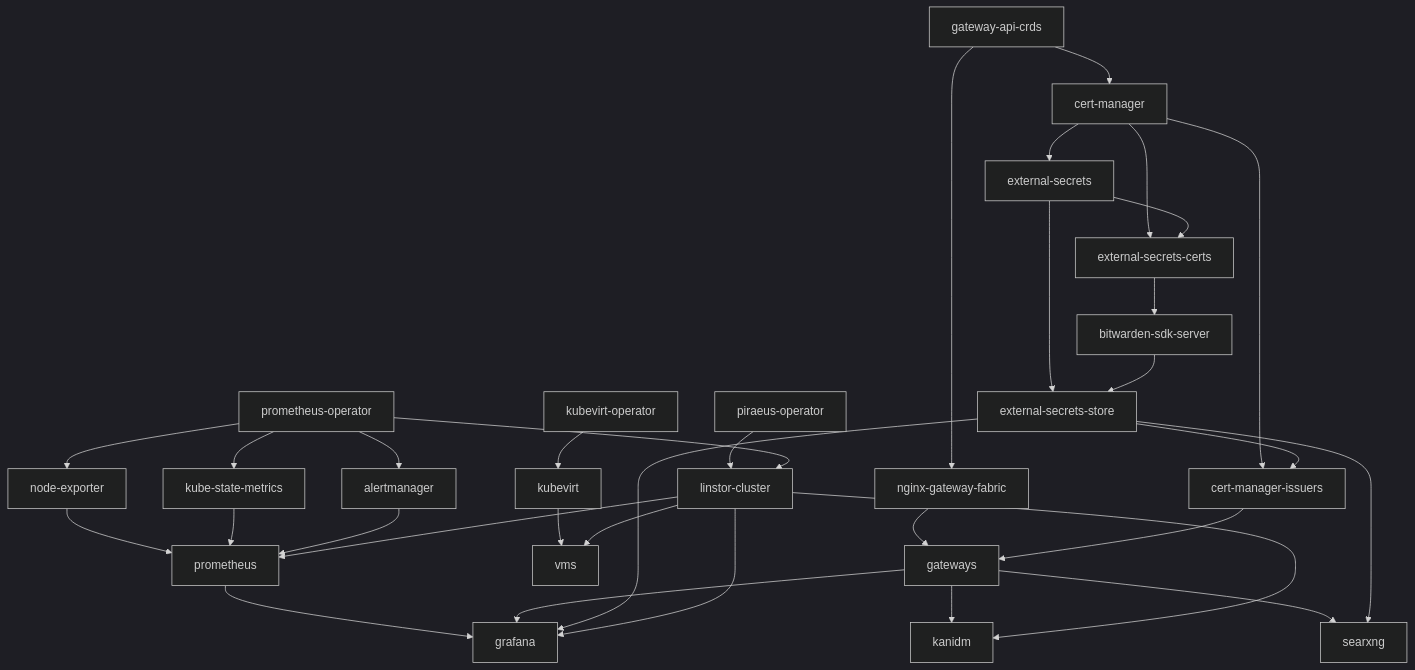
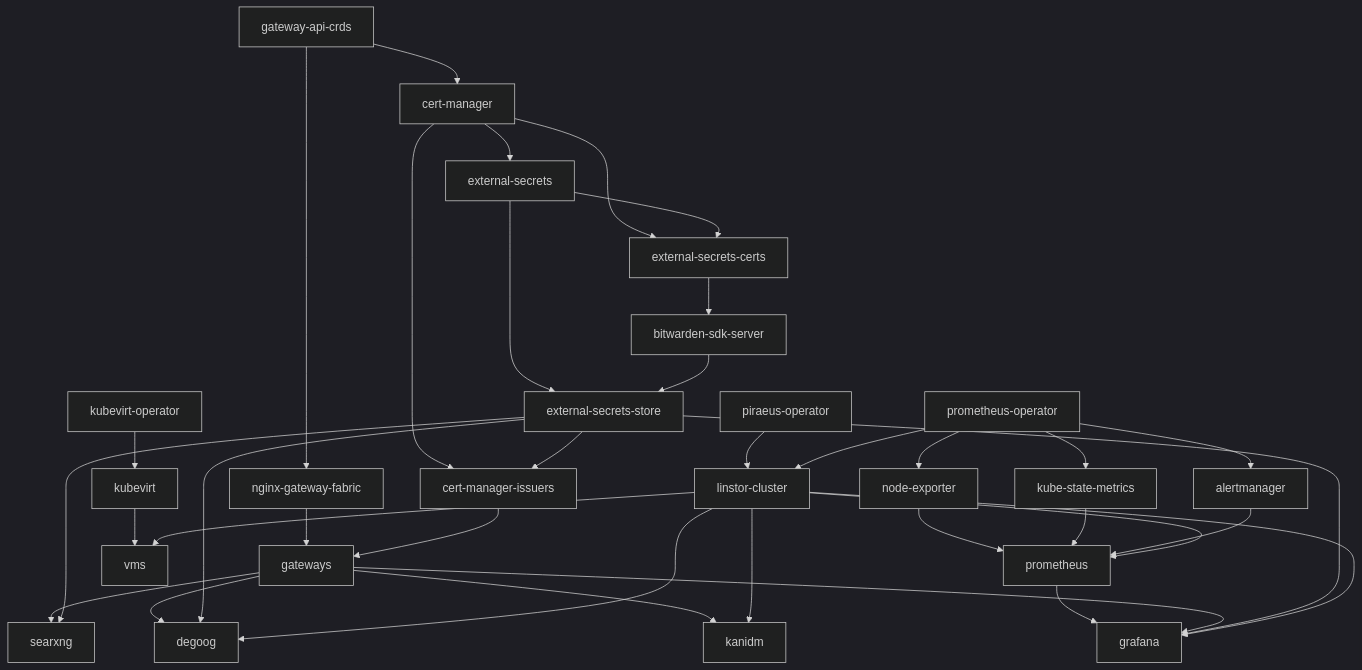
Before and after one commit to martinxtinto/k8s-flux: the diagram in README.md, drawn with Mermaid (dark theme). The commit also changed other lines of this file and 8 other files, not shown here.

````diff
--- a/README.md
+++ b/README.md
@@ -30,35 +30,38 @@
 ```mermaid
 flowchart TD
   gateway-api-crds --> cert-manager
   gateway-api-crds --> nginx-gateway-fabric
   cert-manager --> external-secrets
   cert-manager --> external-secrets-certs
   external-secrets --> external-secrets-certs
   external-secrets --> external-secrets-store
   external-secrets-certs --> bitwarden-sdk-server
   bitwarden-sdk-server --> external-secrets-store
   cert-manager --> cert-manager-issuers
   external-secrets-store --> cert-manager-issuers
   nginx-gateway-fabric --> gateways
   cert-manager-issuers --> gateways
   piraeus-operator --> linstor-cluster
   prometheus-operator --> linstor-cluster
   kubevirt-operator --> kubevirt
   gateways --> searxng
   external-secrets-store --> searxng
+  gateways --> degoog
+  external-secrets-store --> degoog
+  linstor-cluster --> degoog
   gateways --> kanidm
   linstor-cluster --> kanidm
   kubevirt --> vms
   linstor-cluster --> vms
   prometheus-operator --> node-exporter
   prometheus-operator --> kube-state-metrics
   prometheus-operator --> alertmanager
   node-exporter --> prometheus
   kube-state-metrics --> prometheus
   alertmanager --> prometheus
   linstor-cluster --> prometheus
   prometheus --> grafana
   gateways --> grafana
   external-secrets-store --> grafana
   linstor-cluster --> grafana
 ```
````
